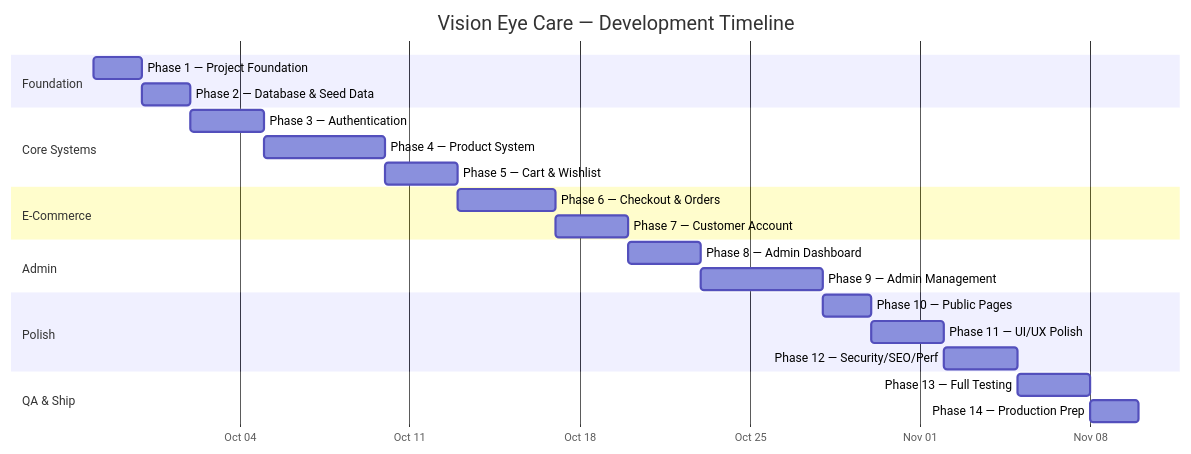
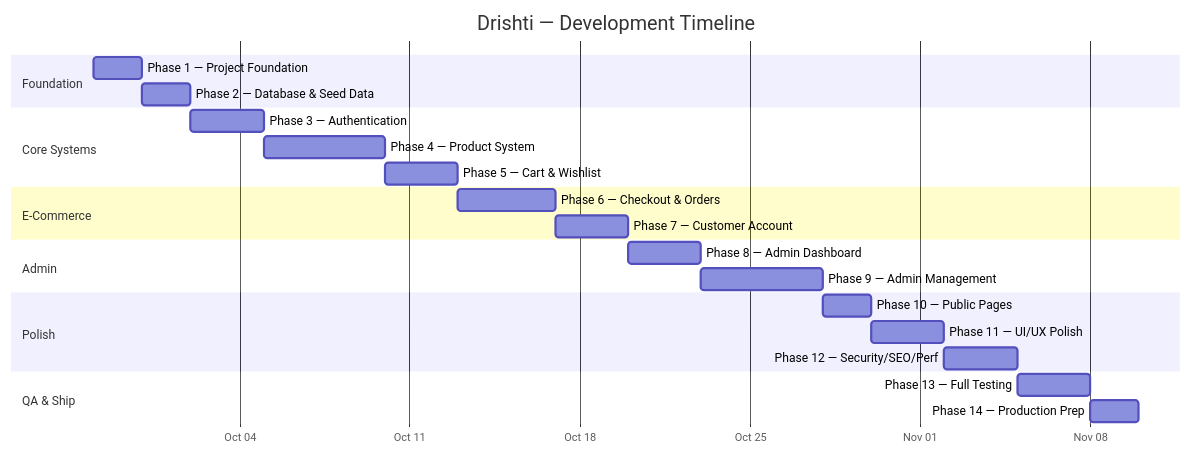
Before and after one commit to mahmudrahman2051/Vision-Eye-Care: the diagram in docs/implementation_plan.md, drawn with Mermaid. The commit also changed other lines of this file and 26 other files, not shown here.

First line of the commit message:
feat: implement Glasses.com-inspired design architecture & UI system

````diff
--- a/docs/implementation_plan.md
+++ b/docs/implementation_plan.md
@@ -26,32 +26,32 @@
 ```mermaid
 gantt
-    title Vision Eye Care — Development Timeline
+    title Drishti — Development Timeline
     dateFormat  YYYY-MM-DD
     axisFormat  %b %d
 
     section Foundation
     Phase 1 — Project Foundation     :p1, 2026-09-28, 2d
     Phase 2 — Database & Seed Data   :p2, after p1, 2d
 
     section Core Systems
     Phase 3 — Authentication         :p3, after p2, 3d
     Phase 4 — Product System         :p4, after p3, 5d
     Phase 5 — Cart & Wishlist        :p5, after p4, 3d
 
     section E-Commerce
     Phase 6 — Checkout & Orders      :p6, after p5, 4d
     Phase 7 — Customer Account       :p7, after p6, 3d
 
     section Admin
     Phase 8 — Admin Dashboard        :p8, after p7, 3d
     Phase 9 — Admin Management       :p9, after p8, 5d
 
     section Polish
     Phase 10 — Public Pages          :p10, after p9, 2d
     Phase 11 — UI/UX Polish          :p11, after p10, 3d
     Phase 12 — Security/SEO/Perf     :p12, after p11, 3d
 
     section QA & Ship
     Phase 13 — Full Testing          :p13, after p12, 3d
     Phase 14 — Production Prep       :p14, after p13, 2d
 ```
````
